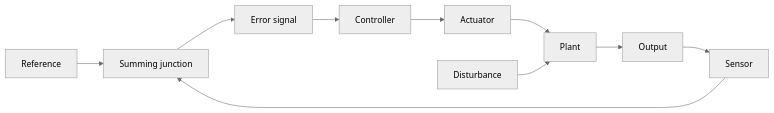
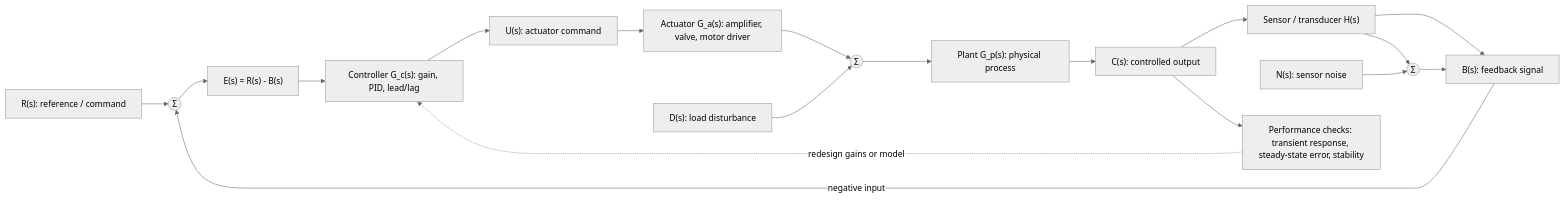
Before and after one commit to justinbrianhwang/SJ-wiki: the diagram in docs/cs/control-engineering/introduction-to-feedback-control.md, drawn with Mermaid (neutral theme). The commit also changed other lines of this file and 1858 other files, not shown here.

Commit message:
Upgrade Mermaid diagrams to real architecture level across DL/CS-systems/CS-applied/QIS/Physics+Math+Chem (~728 mermaid blocks total): detailed sublayers, residuals, dimensions, shape transitions, subgraph grouping

````diff
--- a/docs/cs/control-engineering/introduction-to-feedback-control.md
+++ b/docs/cs/control-engineering/introduction-to-feedback-control.md
@@ -92,12 +88,20 @@
 ```mermaid
 flowchart LR
-  R["Reference"] --> S["Summing junction"]
-  S --> E["Error signal"]
-  E --> C["Controller"]
-  C --> A["Actuator"]
-  A --> P["Plant"]
-  P --> Y["Output"]
-  Y --> H["Sensor"]
-  H --> S
-  D["Disturbance"] --> P
+  R["R(s): reference / command"] --> Sum(("Σ"))
+  HOut["B(s): feedback signal"] -->|"negative input"| Sum
+  Sum --> E["E(s) = R(s) - B(s)"]
+  E --> C["Controller G_c(s): gain, PID, lead/lag"]
+  C --> U["U(s): actuator command"]
+  U --> Act["Actuator G_a(s): amplifier, valve, motor driver"]
+  Act --> PlantIn(("Σ"))
+  D["D(s): load disturbance"] --> PlantIn
+  PlantIn --> P["Plant G_p(s): physical process"]
+  P --> Y["C(s): controlled output"]
+  Y --> Sensor["Sensor / transducer H(s)"]
+  Sensor --> HOut
+  N["N(s): sensor noise"] --> SenseSum(("Σ"))
+  Sensor --> SenseSum
+  SenseSum --> HOut
+  Y --> Perf["Performance checks: transient response, steady-state error, stability"]
+  Perf -. "redesign gains or model" .-> C
 ```
````
